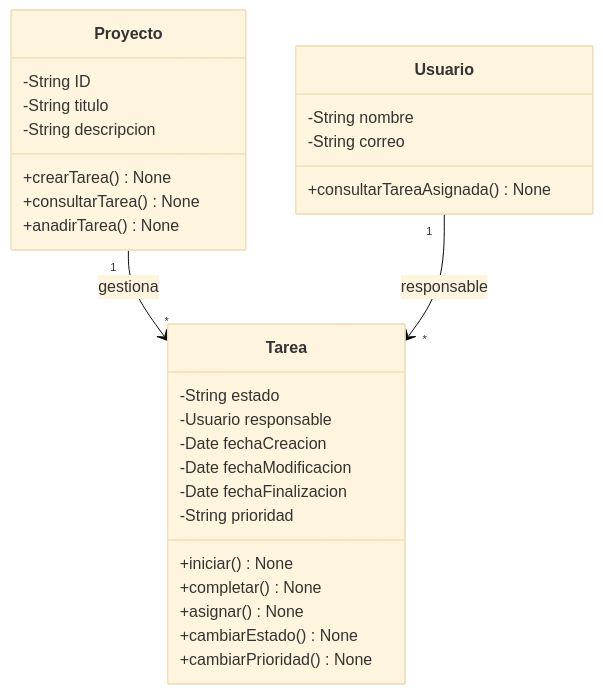
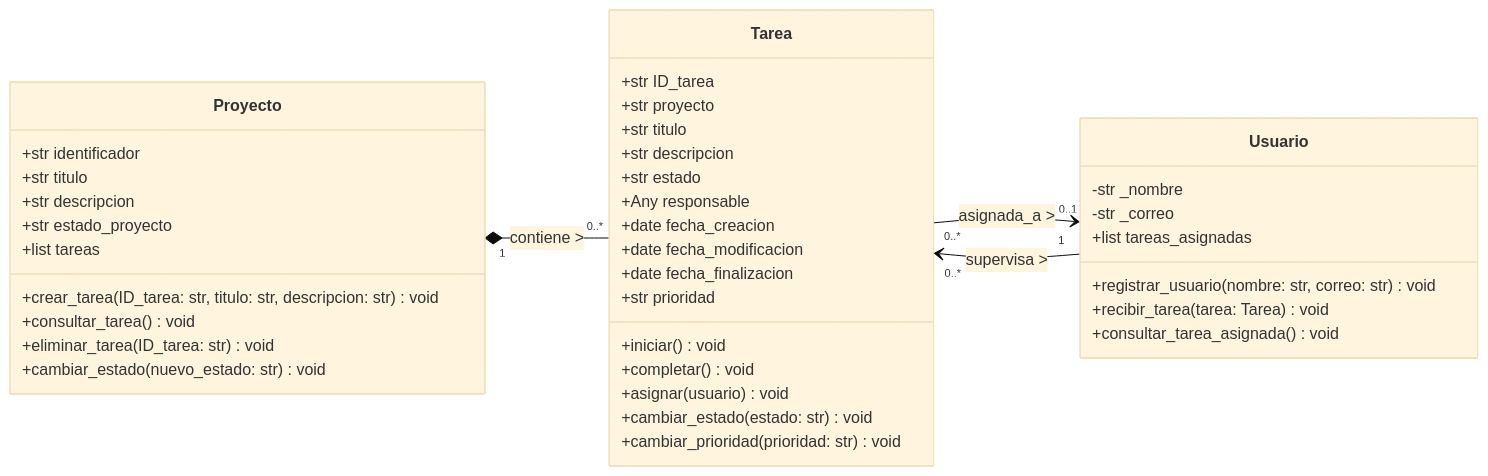
One commit to Estresban/Python changed the diagram in POO/taskflow/Plantilla.md. Above: the diagram before and after it, drawn with Mermaid (base theme). The commit also changed other lines of this file, not shown here.

````diff
--- a/POO/taskflow/Plantilla.md
+++ b/POO/taskflow/Plantilla.md
@@ -224,34 +251,47 @@
 ```mermaid
 classDiagram
+    direction LR
+
     class Proyecto {
-        -String ID
-        -String titulo
-        -String descripcion
-        +crearTarea() None
-        +consultarTarea() None
-        +anadirTarea() None
+        +str identificador
+        +str titulo
+        +str descripcion
+        +str estado_proyecto
+        +list tareas
+        +crear_tarea(ID_tarea: str, titulo: str, descripcion: str) void
+        +consultar_tarea() void
+        +eliminar_tarea(ID_tarea: str) void
+        +cambiar_estado(nuevo_estado: str) void
     }
 
     class Tarea {
-        -String estado
-        -Usuario responsable
-        -Date fechaCreacion
-        -Date fechaModificacion
-        -Date fechaFinalizacion
-        -String prioridad
-        +iniciar() None
-        +completar() None
-        +asignar() None
-        +cambiarEstado() None
-        +cambiarPrioridad() None
+        +str ID_tarea
+        +str proyecto
+        +str titulo
+        +str descripcion
+        +str estado
+        +Any responsable
+        +date fecha_creacion
+        +date fecha_modificacion
+        +date fecha_finalizacion
+        +str prioridad
+        +iniciar() void
+        +completar() void
+        +asignar(usuario) void
+        +cambiar_estado(estado: str) void
+        +cambiar_prioridad(prioridad: str) void
     }
 
     class Usuario {
-        -String nombre
-        -String correo
-        +consultarTareaAsignada() None
+        -str _nombre
+        -str _correo
+        +list tareas_asignadas
+        +registrar_usuario(nombre: str, correo: str) void
+        +recibir_tarea(tarea: Tarea) void
+        +consultar_tarea_asignada() void
     }
 
-    Proyecto "1" --> "*" Tarea : gestiona
-    Usuario "1" --> "*" Tarea : responsable
+    Proyecto "1" *-- "0..*" Tarea : contiene >
+    Tarea "0..*" --> "0..1" Usuario : asignada_a >
+    Usuario "1" --> "0..*" Tarea : supervisa >
 ```
````
